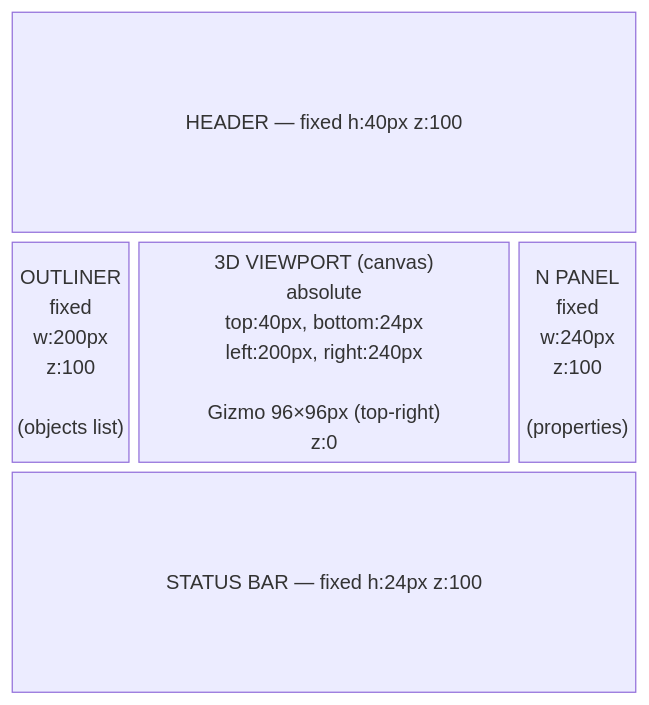
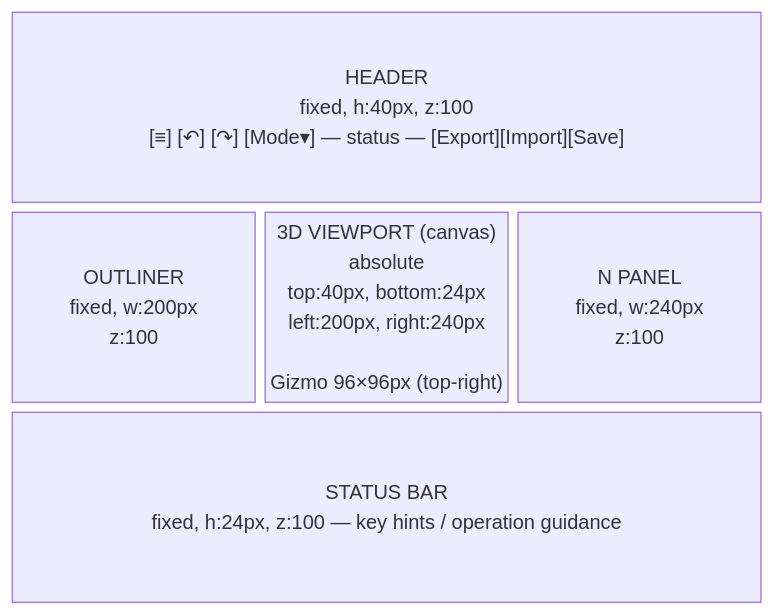
Before and after one commit to yuubae215/easy-extrude: the first of 2 diagrams in docs/LAYOUT_DESIGN.md, drawn with Mermaid. The commit also changed other lines of this file and 1 other file, not shown here.

Commit message:
docs: revert diagrams to first Mermaid version (columns 3, equal blocks)
Roll back the block-size experiments and use the simpler equal-column
layout from the initial translation commit.

https://claude.ai/code/session_01YFkNkmXh91b7LVbwHSxpdV

````diff
--- a/docs/LAYOUT_DESIGN.md
+++ b/docs/LAYOUT_DESIGN.md
@@ -27,7 +27,7 @@
 ```mermaid
 block-beta
-  columns 5
-  header["HEADER — fixed h:40px z:100"]:5
-  outliner["OUTLINER\nfixed\nw:200px\nz:100\n\n(objects list)"] viewport["3D VIEWPORT (canvas)\nabsolute\ntop:40px, bottom:24px\nleft:200px, right:240px\n\nGizmo 96×96px (top-right)\nz:0"]:3 npanel["N PANEL\nfixed\nw:240px\nz:100\n\n(properties)"]
-  statusbar["STATUS BAR — fixed h:24px z:100"]:5
+  columns 3
+  header["HEADER\nfixed, h:40px, z:100\n[≡] [↶] [↷] [Mode▾] — status — [Export][Import][Save]"]:3
+  outliner["OUTLINER\nfixed, w:200px\nz:100"] viewport["3D VIEWPORT (canvas)\nabsolute\ntop:40px, bottom:24px\nleft:200px, right:240px\n\nGizmo 96×96px (top-right)"] npanel["N PANEL\nfixed, w:240px\nz:100"]
+  statusbar["STATUS BAR\nfixed, h:24px, z:100 — key hints / operation guidance"]:3
 ```
````
